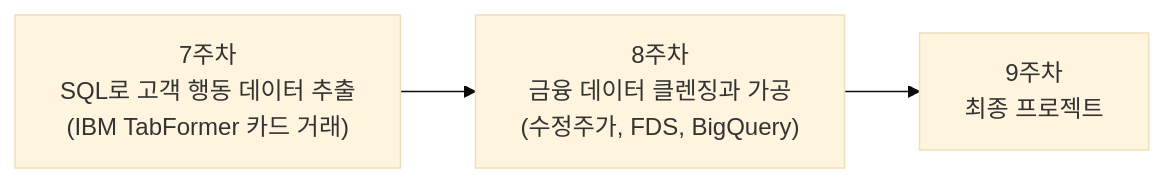
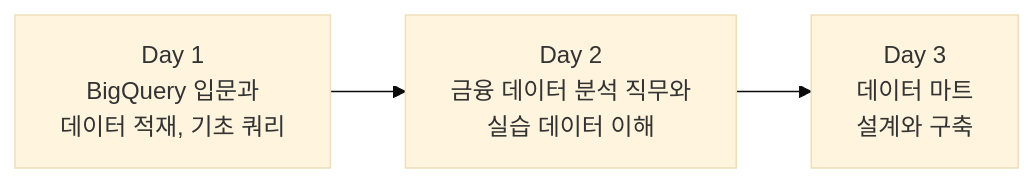
One commit to Eunjung-Cho/finda-week7-8 changed the diagram in docs/index.md. Above: the diagram before and after it, drawn with Mermaid (base theme). The commit also changed other lines of this file and 24 other files, not shown here.

First line of the commit message:
7주차 v0.2 개편: BigQuery 입문 중심 재구성, 8주차 제거

````diff
--- a/docs/index.md
+++ b/docs/index.md
@@ -10,5 +10,5 @@
 ```mermaid
 flowchart LR
-    A["7주차<br/>SQL로 고객 행동 데이터 추출<br/>(IBM TabFormer 카드 거래)"] --> B["8주차<br/>금융 데이터 클렌징과 가공<br/>(수정주가, FDS, BigQuery)"]
-    B --> C["9주차<br/>최종 프로젝트"]
+    A["Day 1<br/>BigQuery 입문과<br/>데이터 적재, 기초 쿼리"] --> B["Day 2<br/>금융 데이터 분석 직무와<br/>실습 데이터 이해"]
+    B --> C["Day 3<br/>데이터 마트<br/>설계와 구축"]
 ```
````
